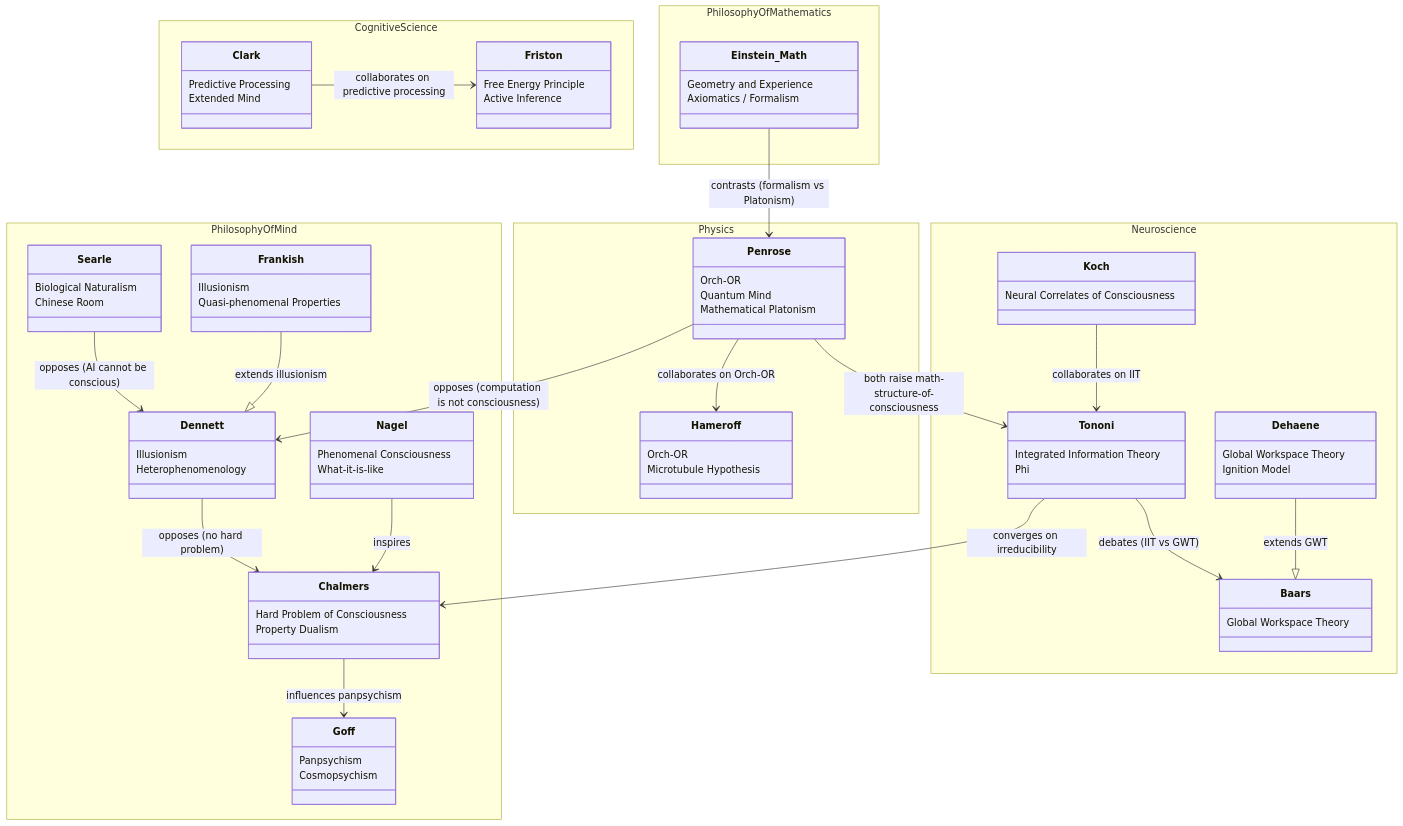
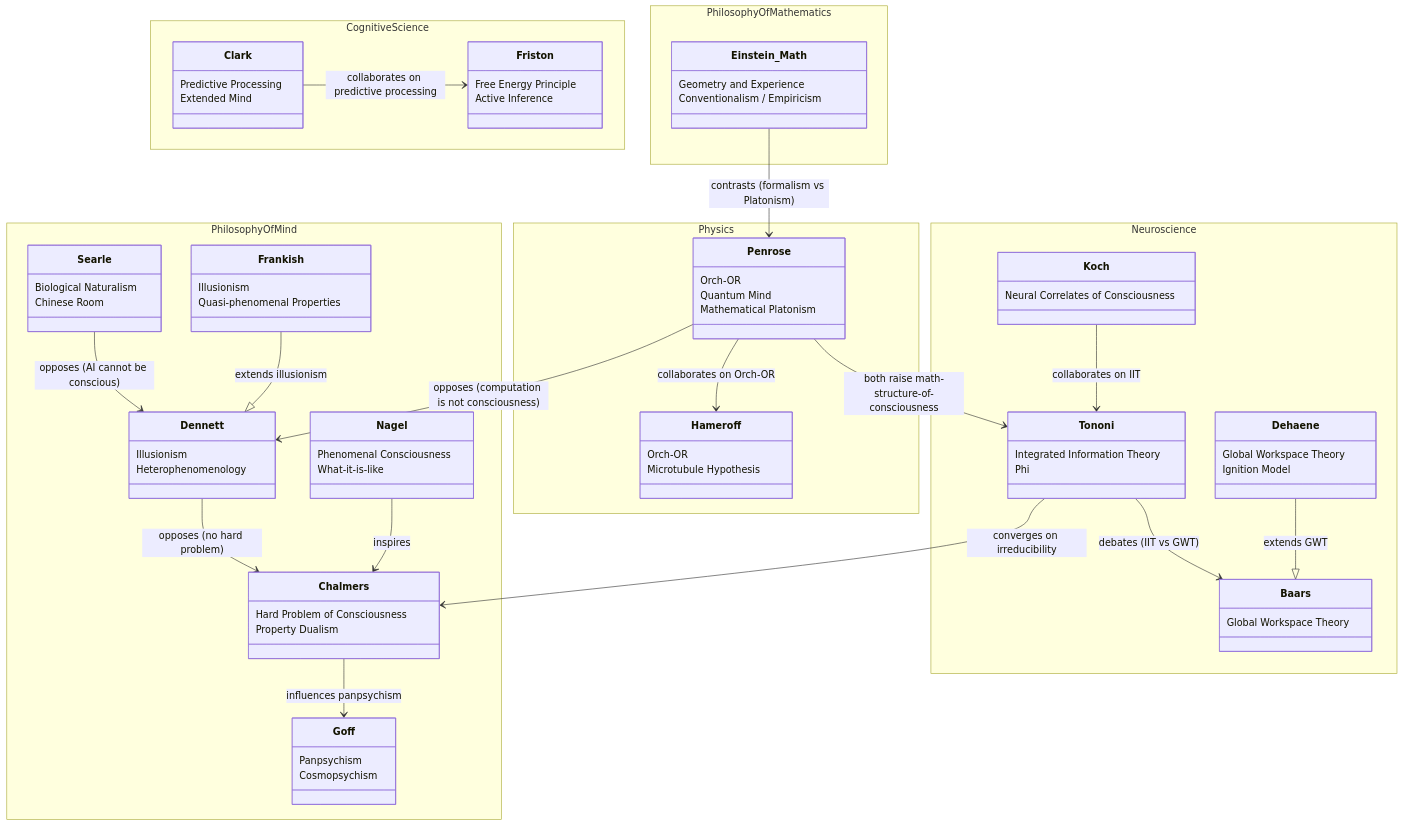
One commit to keiseiisobe/consciousness changed the diagram in map.md. Above: the diagram before and after it, drawn with Mermaid. The commit also changed 1 other file, not shown here.

```diff
--- a/map.md
+++ b/map.md
@@ -74,7 +74,7 @@
     namespace PhilosophyOfMathematics {
         class Einstein_Math {
             Geometry and Experience
-            Axiomatics / Formalism
+            Conventionalism / Empiricism
         }
     }
 
```
